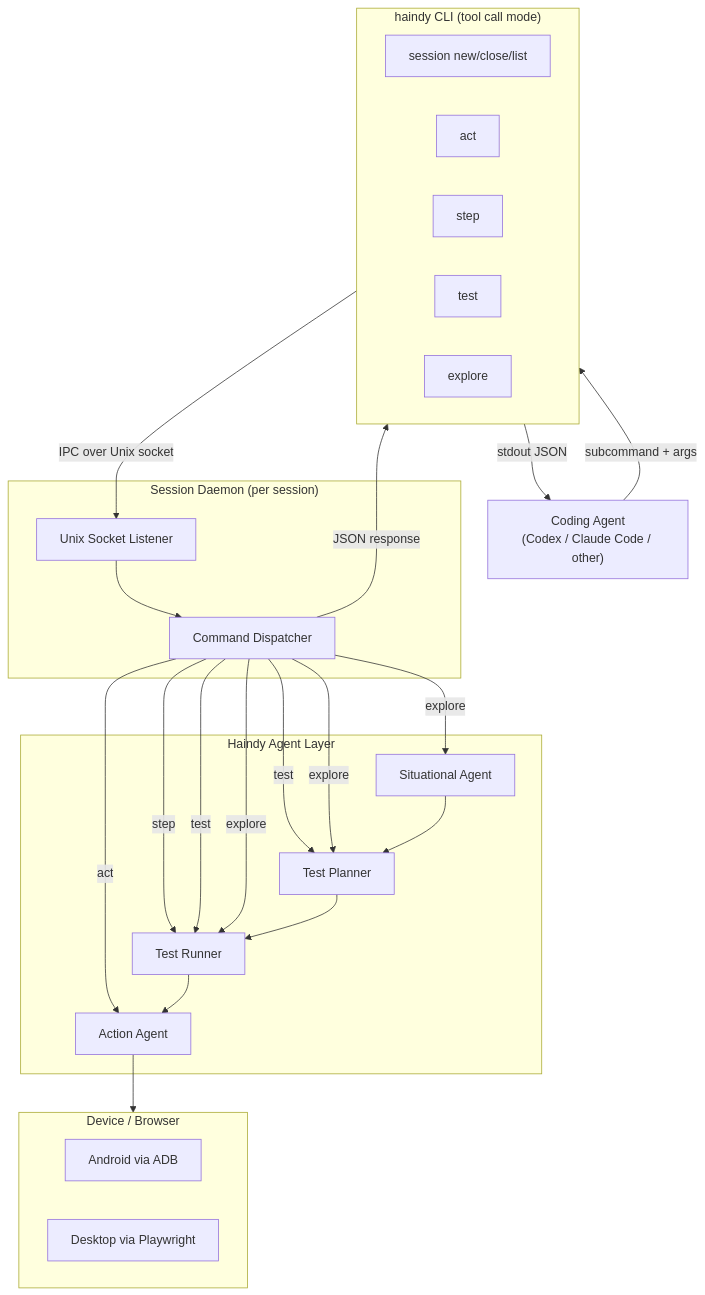
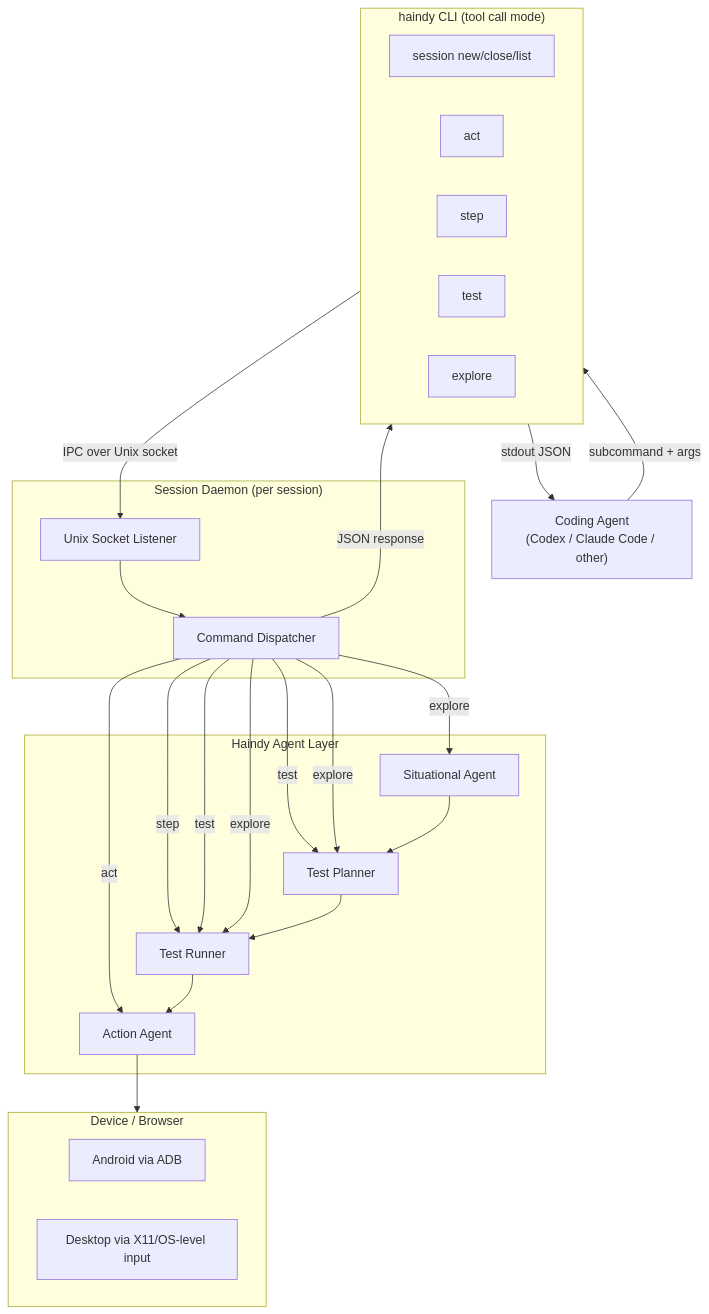
Before and after one commit to Haindy/haindy: the diagram in docs/design/tool-call-mode/OVERVIEW.md, drawn with Mermaid. The commit also changed other lines of this file and 2 other files, not shown here.

````diff
--- a/docs/design/tool-call-mode/OVERVIEW.md
+++ b/docs/design/tool-call-mode/OVERVIEW.md
@@ -30,49 +30,49 @@
 ```mermaid
 flowchart TD
     CA["Coding Agent\n(Codex / Claude Code / other)"]
 
     subgraph CLI ["haindy CLI (tool call mode)"]
         SC[session new/close/list]
         ACT[act]
         STEP[step]
         TEST[test]
         EXP[explore]
     end
 
     subgraph DAEMON ["Session Daemon (per session)"]
         SOCK[Unix Socket Listener]
         DISP[Command Dispatcher]
     end
 
     subgraph AGENTS ["Haindy Agent Layer"]
         AA[Action Agent]
         TR[Test Runner]
         TP[Test Planner]
         SIT[Situational Agent]
     end
 
     subgraph DEVICE ["Device / Browser"]
         ADB[Android via ADB]
-        PW[Desktop via Playwright]
+        DT[Desktop via X11/OS-level input]
     end
 
     CA -->|subcommand + args| CLI
     CLI -->|IPC over Unix socket| SOCK
     SOCK --> DISP
 
     DISP -->|act| AA
     DISP -->|step| TR
     DISP -->|test| TP
     DISP -->|test| TR
     DISP -->|explore| SIT
     DISP -->|explore| TP
     DISP -->|explore| TR
 
     AA --> DEVICE
     TR --> AA
     TP --> TR
     SIT --> TP
 
     DISP -->|JSON response| CLI
     CLI -->|stdout JSON| CA
 ```
````
